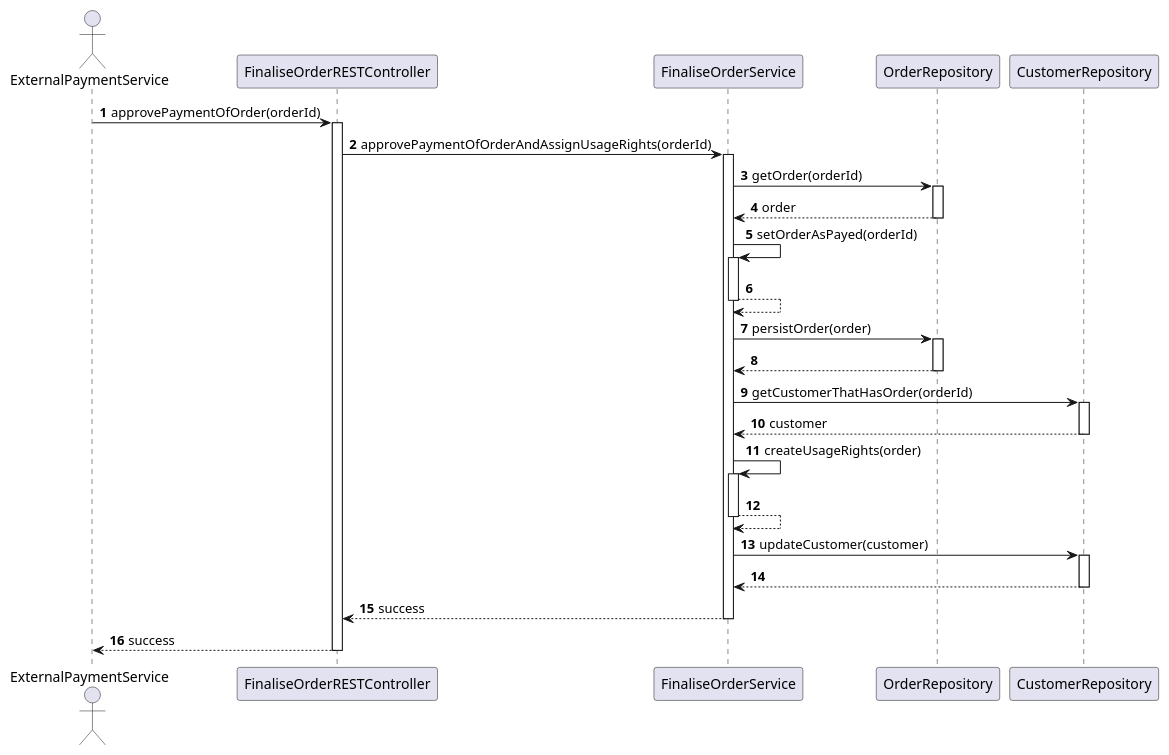
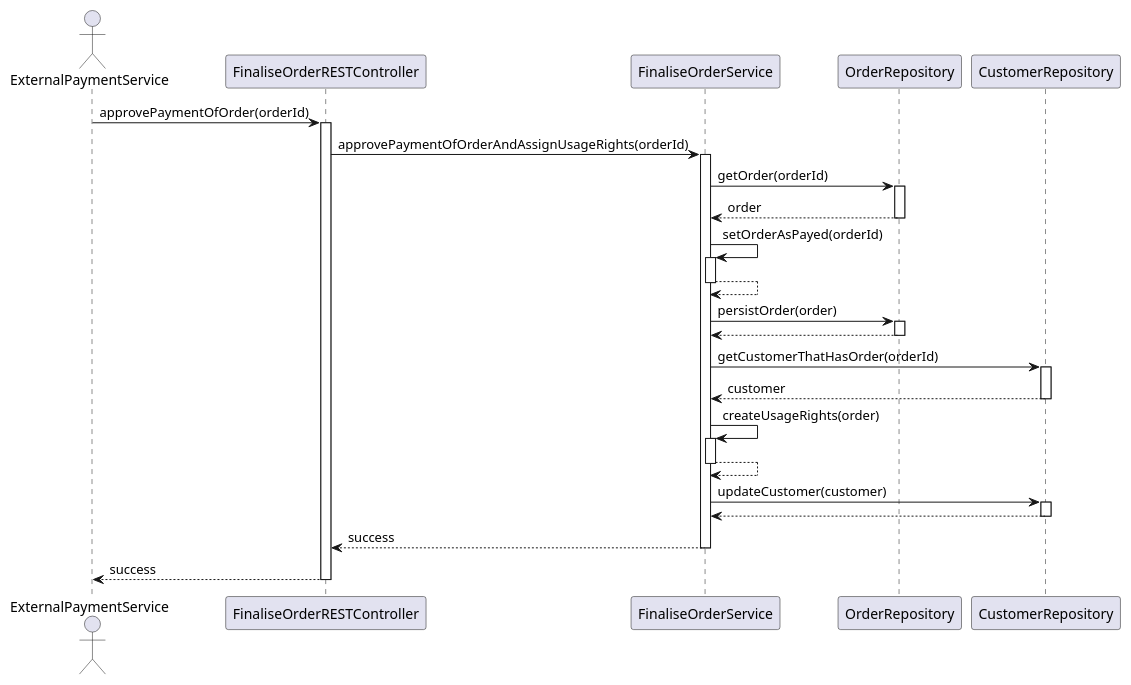
One commit to ljbg1996/car-backend changed the diagram in Phase 2/MoTraCoCa/UML/Sequence_FinaliseOrder.puml. Above: the diagram before and after it, drawn with PlantUML. The commit also changed 4 other files, not shown here.

```diff
--- a/Phase 2/MoTraCoCa/UML/Sequence_FinaliseOrder.puml
+++ b/Phase 2/MoTraCoCa/UML/Sequence_FinaliseOrder.puml
@@ -1,51 +1,50 @@
 @startuml
-'test
-autonumber
+
 actor ExternalPaymentService
 
 ExternalPaymentService -> FinaliseOrderRESTController : approvePaymentOfOrder(orderId)
 activate FinaliseOrderRESTController
 
 FinaliseOrderRESTController -> FinaliseOrderService : approvePaymentOfOrderAndAssignUsageRights(orderId)
 activate FinaliseOrderService
 
 FinaliseOrderService -> OrderRepository : getOrder(orderId)
 activate OrderRepository
 OrderRepository --> FinaliseOrderService : order
 deactivate OrderRepository
 
 FinaliseOrderService -> FinaliseOrderService : setOrderAsPayed(orderId)
 activate FinaliseOrderService
 FinaliseOrderService --> FinaliseOrderService
 deactivate FinaliseOrderService
 
 FinaliseOrderService -> OrderRepository : persistOrder(order)
 activate OrderRepository
 OrderRepository --> FinaliseOrderService
 deactivate OrderRepository
 
 FinaliseOrderService -> CustomerRepository : getCustomerThatHasOrder(orderId)
 activate CustomerRepository
 
 CustomerRepository --> FinaliseOrderService : customer
 deactivate CustomerRepository
 
 FinaliseOrderService -> FinaliseOrderService : createUsageRights(order)
 activate FinaliseOrderService
 
 FinaliseOrderService --> FinaliseOrderService
 deactivate FinaliseOrderService
 
 FinaliseOrderService -> CustomerRepository : updateCustomer(customer)
 activate CustomerRepository
 
 CustomerRepository --> FinaliseOrderService
 deactivate CustomerRepository
 
 FinaliseOrderService --> FinaliseOrderRESTController : success
 deactivate FinaliseOrderService
 
 FinaliseOrderRESTController --> ExternalPaymentService : success
 deactivate FinaliseOrderRESTController
 
 @enduml
```
